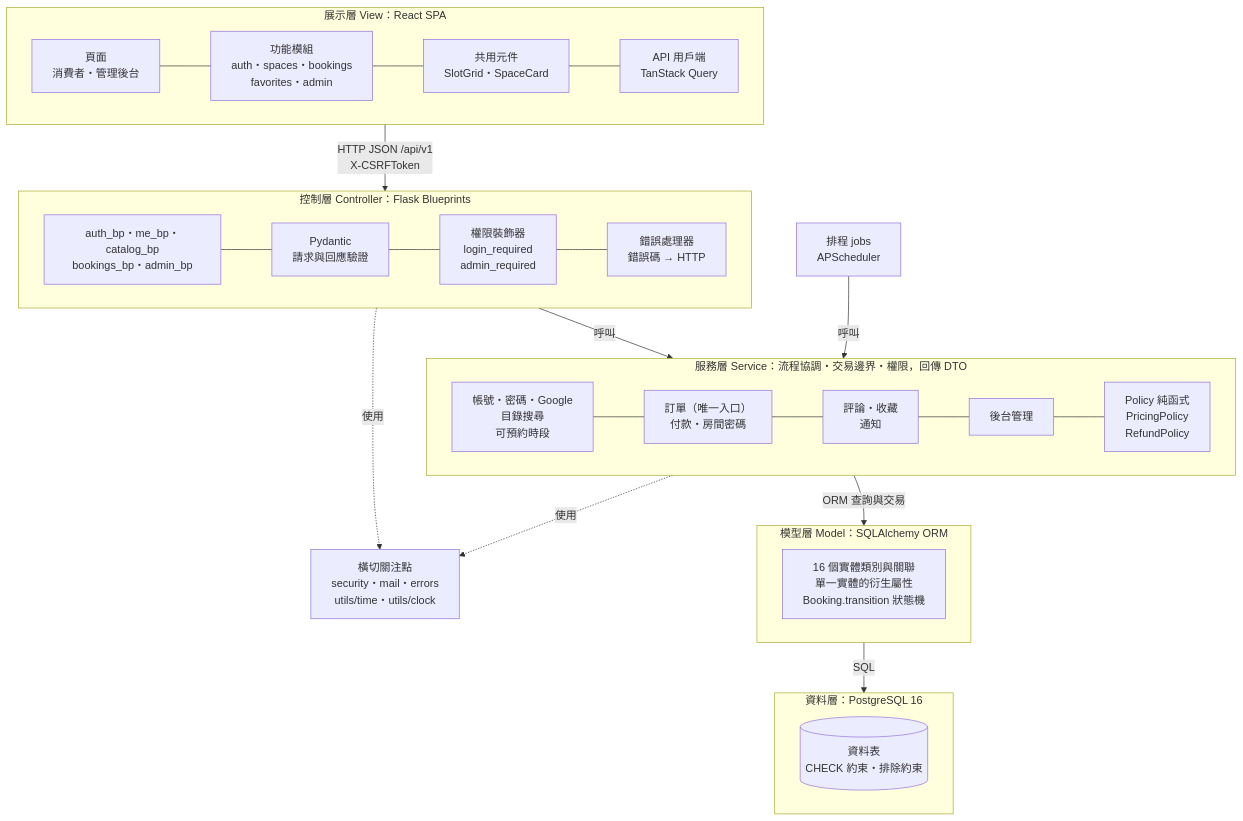
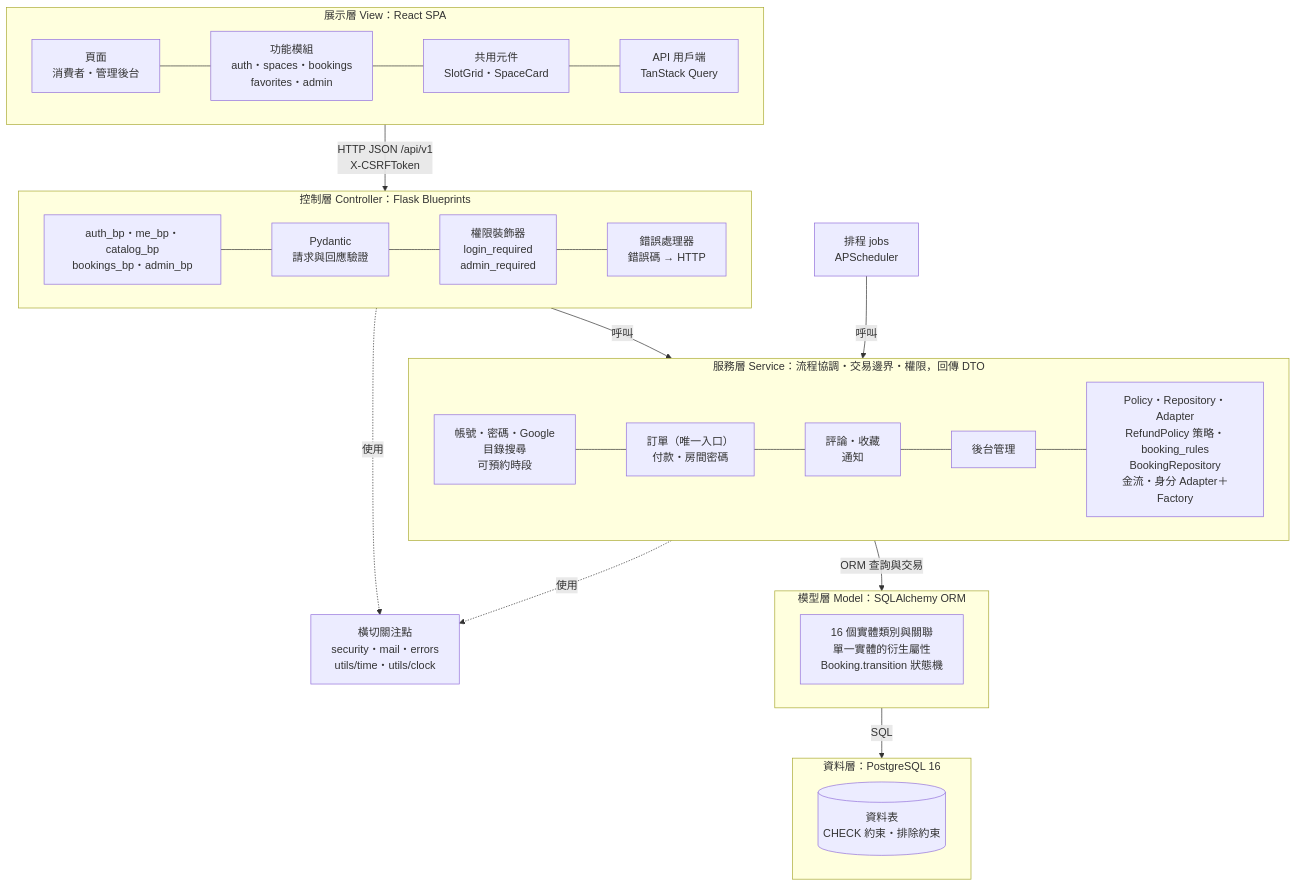
One commit to mason45ok/NCU_Sofware_Eng changed the second of 21 diagrams in BMAD/docs/設計圖_邏輯設計與細部設計.md. Above: the diagram before and after it, drawn with Mermaid. The commit also changed other lines of this file and 9 other files, not shown here.

First line of the commit message:
docs: 同步第四層重構（ARCHITECTURE、設計圖與 PNG、AI 使用紀錄）

````diff
--- a/BMAD/docs/設計圖_邏輯設計與細部設計.md
+++ b/BMAD/docs/設計圖_邏輯設計與細部設計.md
@@ -63,33 +63,33 @@
 ```mermaid
 flowchart TB
     subgraph P[展示層 View：React SPA]
         direction LR
         P1[頁面<br/>消費者・管理後台] --- P2[功能模組<br/>auth・spaces・bookings<br/>favorites・admin] --- P3[共用元件<br/>SlotGrid・SpaceCard] --- P4[API 用戶端<br/>TanStack Query]
     end
     subgraph C[控制層 Controller：Flask Blueprints]
         direction LR
         C1[auth_bp・me_bp・catalog_bp<br/>bookings_bp・admin_bp] --- C2[Pydantic<br/>請求與回應驗證] --- C3[權限裝飾器<br/>login_required<br/>admin_required] --- C4[錯誤處理器<br/>錯誤碼 → HTTP]
     end
     subgraph S[服務層 Service：流程協調・交易邊界・權限，回傳 DTO]
         direction LR
-        S1[帳號・密碼・Google<br/>目錄搜尋<br/>可預約時段] --- S2[訂單（唯一入口）<br/>付款・房間密碼] --- S3[評論・收藏<br/>通知] --- S4[後台管理] --- S5[Policy 純函式<br/>PricingPolicy<br/>RefundPolicy]
+        S1[帳號・密碼・Google<br/>目錄搜尋<br/>可預約時段] --- S2[訂單（唯一入口）<br/>付款・房間密碼] --- S3[評論・收藏<br/>通知] --- S4[後台管理] --- S5[Policy・Repository・Adapter<br/>RefundPolicy 策略・booking_rules<br/>BookingRepository<br/>金流・身分 Adapter＋Factory]
     end
     subgraph MD[模型層 Model：SQLAlchemy ORM]
         direction LR
         M1[16 個實體類別與關聯<br/>單一實體的衍生屬性<br/>Booking.transition 狀態機]
     end
     subgraph DB[資料層：PostgreSQL 16]
         direction LR
         D1[(資料表<br/>CHECK 約束・排除約束)]
     end
     J[排程 jobs<br/>APScheduler]
     X[橫切關注點<br/>security・mail・errors<br/>utils/time・utils/clock]
 
     P -->|HTTP JSON /api/v1<br/>X-CSRFToken| C
     C -->|呼叫| S
     J -->|呼叫| S
     S -->|ORM 查詢與交易| MD
     MD -->|SQL| DB
     S -.->|使用| X
     C -.->|使用| X
 ```
````
